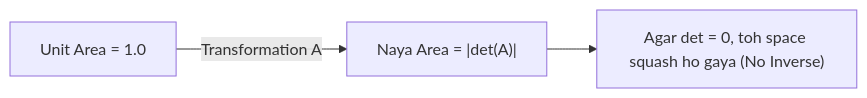
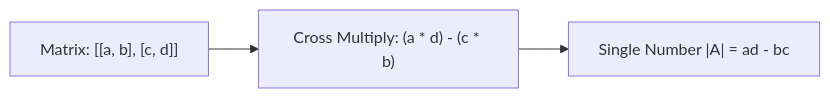
The diagram in lecture_21/Notes_21.14/README_HINGLISH.md (S1h2i3v4a/AI_ML), drawn with Mermaid before and after one commit. The commit also changed other lines of this file and 203 other files, not shown here.

Commit message:
docs(lectures 19-21): align notes with video lectures, add blackboard diagrams, clean structured functions, and compile vector PDFs

````diff
--- a/lecture_21/Notes_21.14/README_HINGLISH.md
+++ b/lecture_21/Notes_21.14/README_HINGLISH.md
@@ -15,5 +51,5 @@
 ```mermaid
 flowchart LR
-    A["Unit Area = 1.0"] -->|Transformation A| B["Naya Area = |det(A)|"]
-    B --> C["Agar det = 0, toh space squash ho gaya (No Inverse)"]
+    A["Matrix: [[a, b], [c, d]]"] --> Mult["Cross Multiply: (a * d) - (c * b)"]
+    Mult --> Scalar["Single Number |A| = ad - bc"]
 ```
````
